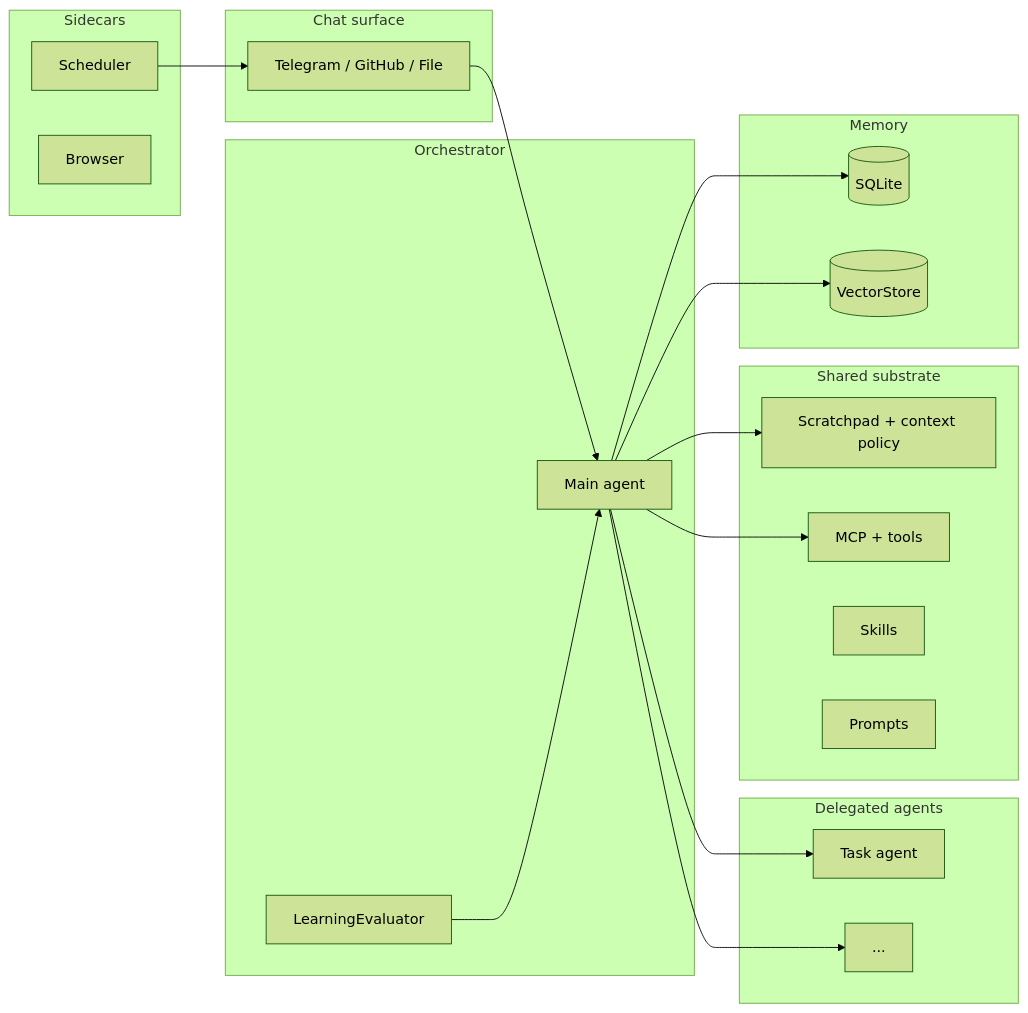
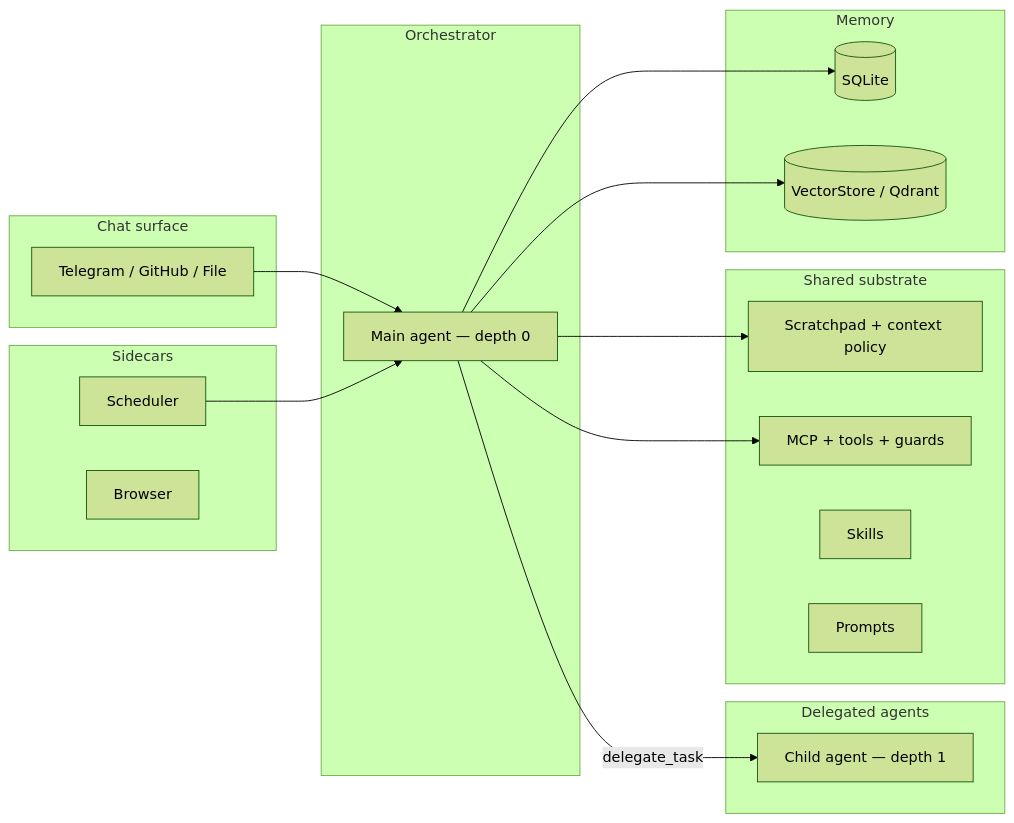
One commit to peara/nanobot changed the diagram in README.md. Above: the diagram before and after it, drawn with Mermaid (forest theme). The commit also changed other lines of this file and 7 other files, not shown here.

````diff
--- a/README.md
+++ b/README.md
@@ -22,43 +24,39 @@
 ```mermaid
 flowchart LR
     subgraph chat["Chat surface"]
         TG[Telegram / GitHub / File]
     end
 
     subgraph core["Orchestrator"]
-        O[Main agent]
-        EV[LearningEvaluator]
+        O[Main agent — depth 0]
     end
 
     subgraph workers["Delegated agents"]
-        W1[Task agent]
-        W2[...]
+        W1[Child agent — depth 1]
     end
 
     subgraph substrate["Shared substrate"]
         SP[Scratchpad + context policy]
-        MCP[MCP + tools]
+        MCP[MCP + tools + guards]
         SK[Skills]
         PS[Prompts]
     end
 
     subgraph data["Memory"]
         SQL[(SQLite)]
-        VS[(VectorStore)]
+        VS[(VectorStore / Qdrant)]
     end
 
     subgraph sidecar["Sidecars"]
         SCH[Scheduler]
         BR[Browser]
     end
 
     TG --> O
-    O --> W1
-    O --> W2
+    O -- delegate_task --> W1
     O --> SP
     O --> MCP
     O --> SQL
     O --> VS
-    EV --> O
-    SCH --> TG
+    SCH --> O
 ```
````
